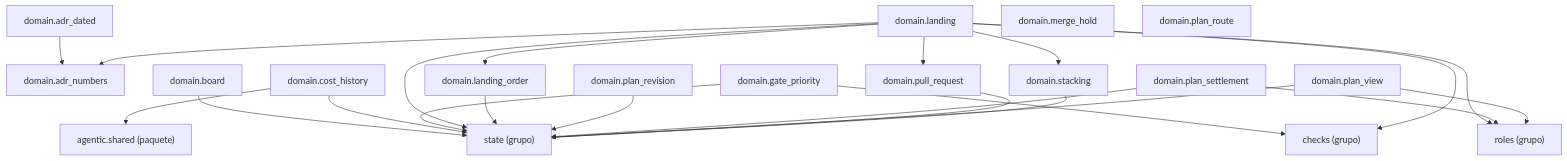
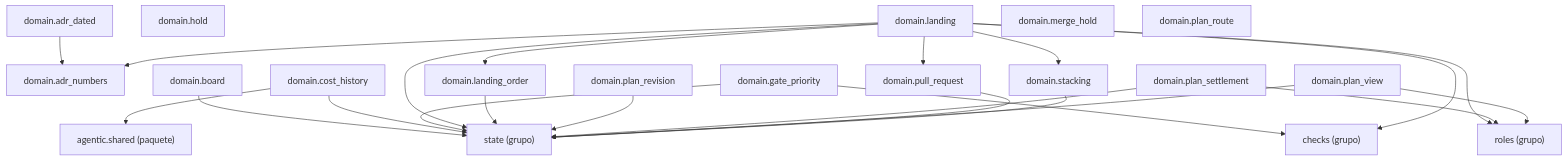
The diagram in docs/architecture/generated/packages-process-domain-landing.md (GonzaloZevallos/agentic-system), drawn with Mermaid before and after one commit. The commit also changed 21 other files, not shown here.

````diff
--- a/docs/architecture/generated/packages-process-domain-landing.md
+++ b/docs/architecture/generated/packages-process-domain-landing.md
@@ -12,42 +12,43 @@
 ```mermaid
 graph TD
     g_domain__checks["checks (grupo)"]
     g_domain__roles["roles (grupo)"]
     g_domain__state["state (grupo)"]
     g_pkg__agentic__shared["agentic.shared (paquete)"]
     m_domain__adr_dated["domain.adr_dated"]
     m_domain__adr_numbers["domain.adr_numbers"]
     m_domain__board["domain.board"]
     m_domain__cost_history["domain.cost_history"]
     m_domain__gate_priority["domain.gate_priority"]
+    m_domain__hold["domain.hold"]
     m_domain__landing["domain.landing"]
     m_domain__landing_order["domain.landing_order"]
     m_domain__merge_hold["domain.merge_hold"]
     m_domain__plan_revision["domain.plan_revision"]
     m_domain__plan_route["domain.plan_route"]
     m_domain__plan_settlement["domain.plan_settlement"]
     m_domain__plan_view["domain.plan_view"]
     m_domain__pull_request["domain.pull_request"]
     m_domain__stacking["domain.stacking"]
     m_domain__adr_dated --> m_domain__adr_numbers
     m_domain__board --> g_domain__state
     m_domain__cost_history --> g_domain__state
     m_domain__cost_history --> g_pkg__agentic__shared
     m_domain__gate_priority --> g_domain__checks
     m_domain__gate_priority --> g_domain__state
     m_domain__landing --> g_domain__checks
     m_domain__landing --> g_domain__roles
     m_domain__landing --> g_domain__state
     m_domain__landing --> m_domain__adr_numbers
     m_domain__landing --> m_domain__landing_order
     m_domain__landing --> m_domain__pull_request
     m_domain__landing --> m_domain__stacking
     m_domain__landing_order --> g_domain__state
     m_domain__plan_revision --> g_domain__state
     m_domain__plan_settlement --> g_domain__roles
     m_domain__plan_settlement --> g_domain__state
     m_domain__plan_view --> g_domain__roles
     m_domain__plan_view --> g_domain__state
     m_domain__pull_request --> g_domain__state
     m_domain__stacking --> g_domain__state
 ```
````
